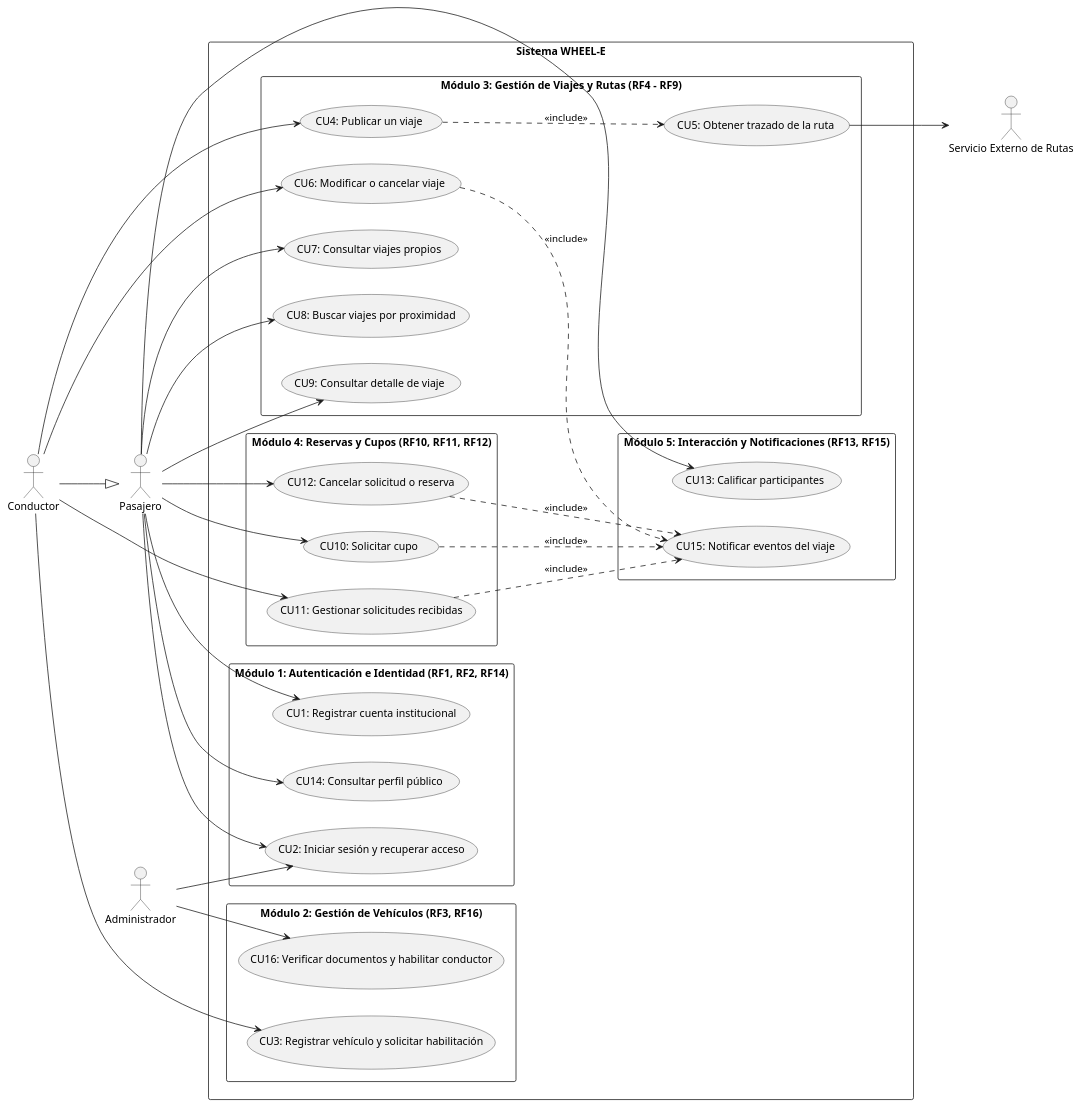
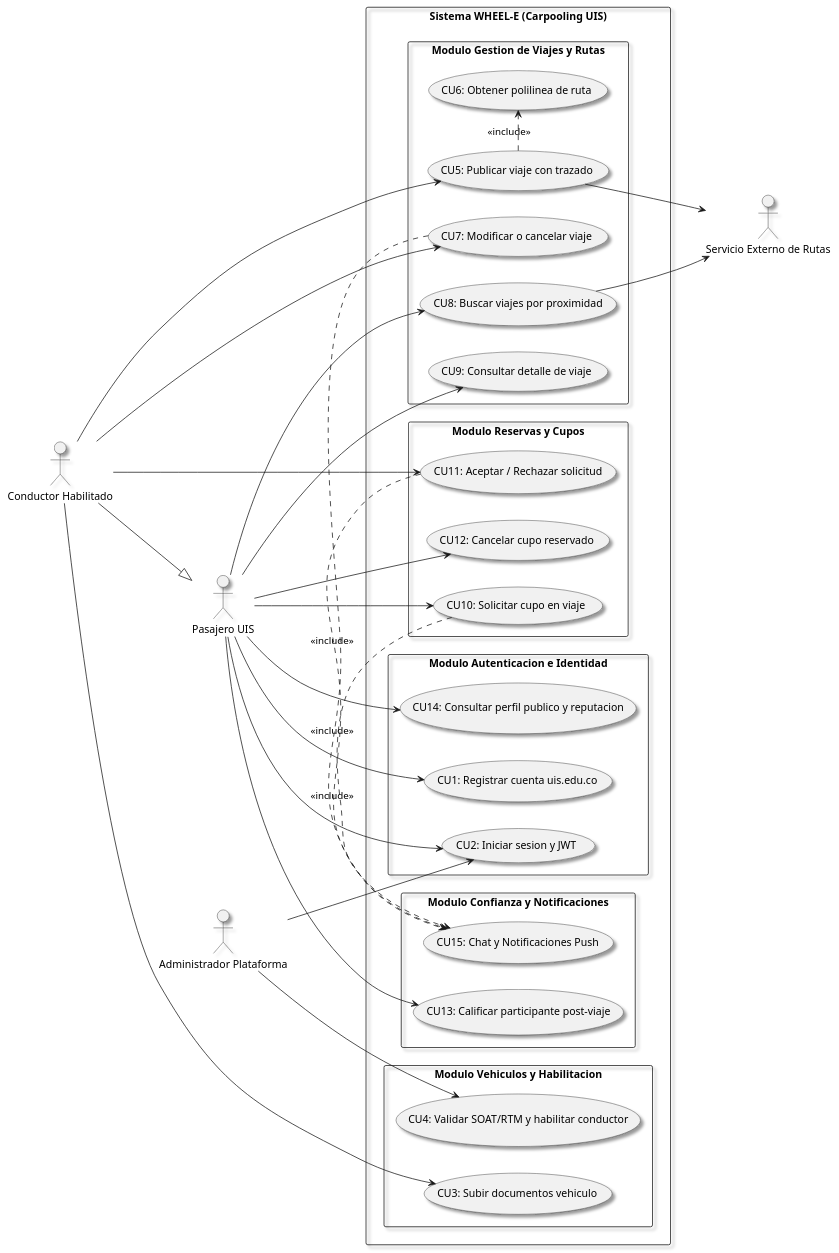
Before and after one commit to Tutecaa/WheeleApp: the diagram in diagramas/casos_de_uso.puml, drawn with PlantUML. The commit also changed other lines of this file and 20 other files, not shown here.

Commit message:
docs: agregar suite completa de diagramas UML en PNG y PlantUML

```diff
--- a/diagramas/casos_de_uso.puml
+++ b/diagramas/casos_de_uso.puml
@@ -6,81 +1,71 @@
-@startuml
+@startuml casos_de_uso
 left to right direction
 skinparam packageStyle rectangle
+skinparam shadowing true
 
-' --- ACTORES ---
-actor "Pasajero" as pas
-actor "Conductor" as cond
-actor "Administrador" as admin
+actor "Pasajero UIS" as pas
+actor "Conductor Habilitado" as cond
+actor "Administrador Plataforma" as admin
 actor "Servicio Externo de Rutas" as apiRutas
 
-' --- HERENCIA / INCLUSIÓN DE ROLES ---
-' Un Conductor posee todas las funcionalidades del Pasajero/Usuario base
 cond --|> pas
 
-' --- SISTEMA WHEEL-E ---
-rectangle "Sistema WHEEL-E" {
+rectangle "Sistema WHEEL-E (Carpooling UIS)" {
 
-    package "Módulo 1: Autenticación e Identidad (RF1, RF2, RF14)" {
-        usecase "CU1: Registrar cuenta institucional" as CU1
-        usecase "CU2: Iniciar sesión y recuperar acceso" as CU2
-        usecase "CU14: Consultar perfil público" as CU14
+    package "Modulo Autenticacion e Identidad" {
+        usecase "CU1: Registrar cuenta uis.edu.co" as CU1
+        usecase "CU2: Iniciar sesion y JWT" as CU2
+        usecase "CU14: Consultar perfil publico y reputacion" as CU14
     }
 
-    package "Módulo 2: Gestión de Vehículos (RF3, RF16)" {
-        usecase "CU3: Registrar vehículo y solicitar habilitación" as CU3
-        usecase "CU16: Verificar documentos y habilitar conductor" as CU16
+    package "Modulo Vehiculos y Habilitacion" {
+        usecase "CU3: Subir documentos vehiculo" as CU3
+        usecase "CU4: Validar SOAT/RTM y habilitar conductor" as CU4
     }
 
-    package "Módulo 3: Gestión de Viajes y Rutas (RF4 - RF9)" {
-        usecase "CU4: Publicar un viaje" as CU4
-        usecase "CU5: Obtener trazado de la ruta" as CU5
-        usecase "CU6: Modificar o cancelar viaje" as CU6
-        usecase "CU7: Consultar viajes propios" as CU7
+    package "Modulo Gestion de Viajes y Rutas" {
+        usecase "CU5: Publicar viaje con trazado" as CU5
+        usecase "CU6: Obtener polilinea de ruta" as CU6
+        usecase "CU7: Modificar o cancelar viaje" as CU7
         usecase "CU8: Buscar viajes por proximidad" as CU8
         usecase "CU9: Consultar detalle de viaje" as CU9
     }
 
-    package "Módulo 4: Reservas y Cupos (RF10, RF11, RF12)" {
-        usecase "CU10: Solicitar cupo" as CU10
-        usecase "CU11: Gestionar solicitudes recibidas" as CU11
-        usecase "CU12: Cancelar solicitud o reserva" as CU12
+    package "Modulo Reservas y Cupos" {
+        usecase "CU10: Solicitar cupo en viaje" as CU10
+        usecase "CU11: Aceptar / Rechazar solicitud" as CU11
+        usecase "CU12: Cancelar cupo reservado" as CU12
     }
 
-    package "Módulo 5: Interacción y Notificaciones (RF13, RF15)" {
-        usecase "CU13: Calificar participantes" as CU13
-        usecase "CU15: Notificar eventos del viaje" as CU15
+    package "Modulo Confianza y Notificaciones" {
+        usecase "CU13: Calificar participante post-viaje" as CU13
+        usecase "CU15: Chat y Notificaciones Push" as CU15
     }
 }
 
-' --- RELACIONES PASAJERO ---
 pas --> CU1
 pas --> CU2
-pas --> CU7
 pas --> CU8
 pas --> CU9
 pas --> CU10
 pas --> CU12
 pas --> CU13
 pas --> CU14
 
-' --- RELACIONES CONDUCTOR ---
 cond --> CU3
-cond --> CU4
-cond --> CU6
+cond --> CU5
+cond --> CU7
 cond --> CU11
 
-' --- RELACIONES ADMINISTRADOR ---
 admin --> CU2
-admin --> CU16
+admin --> CU4
 
-' --- RELACIONES CON SERVICIOS EXTERNOS ---
 CU5 --> apiRutas
+CU8 --> apiRutas
 
-' --- INCLUDES Y EXTENDS ---
-CU4 ..> CU5 : <<include>>
-CU10 ..> CU15 : <<include>>
-CU11 ..> CU15 : <<include>>
-CU12 ..> CU15 : <<include>>
-CU6 ..> CU15 : <<include>>
+CU5 .> CU6 : <<include>>
+CU10 .> CU15 : <<include>>
+CU11 .> CU15 : <<include>>
+CU7 .> CU15 : <<include>>
 
 @enduml
```
